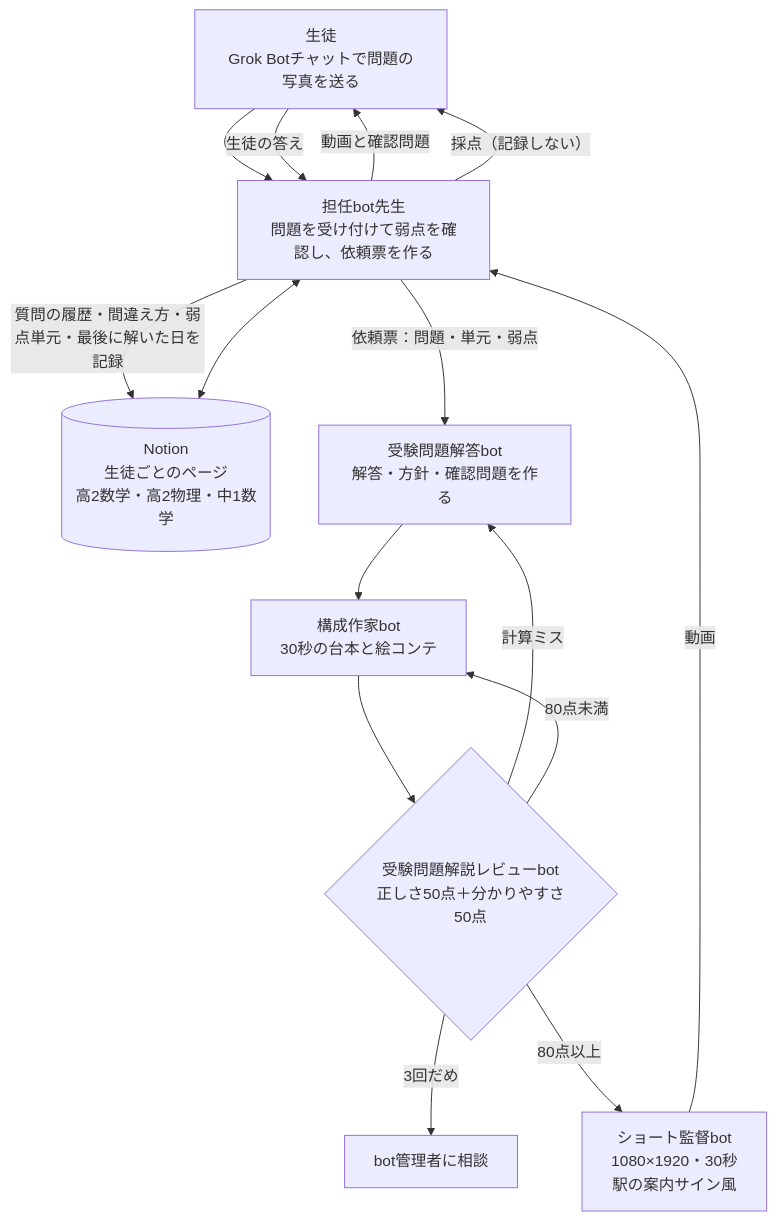
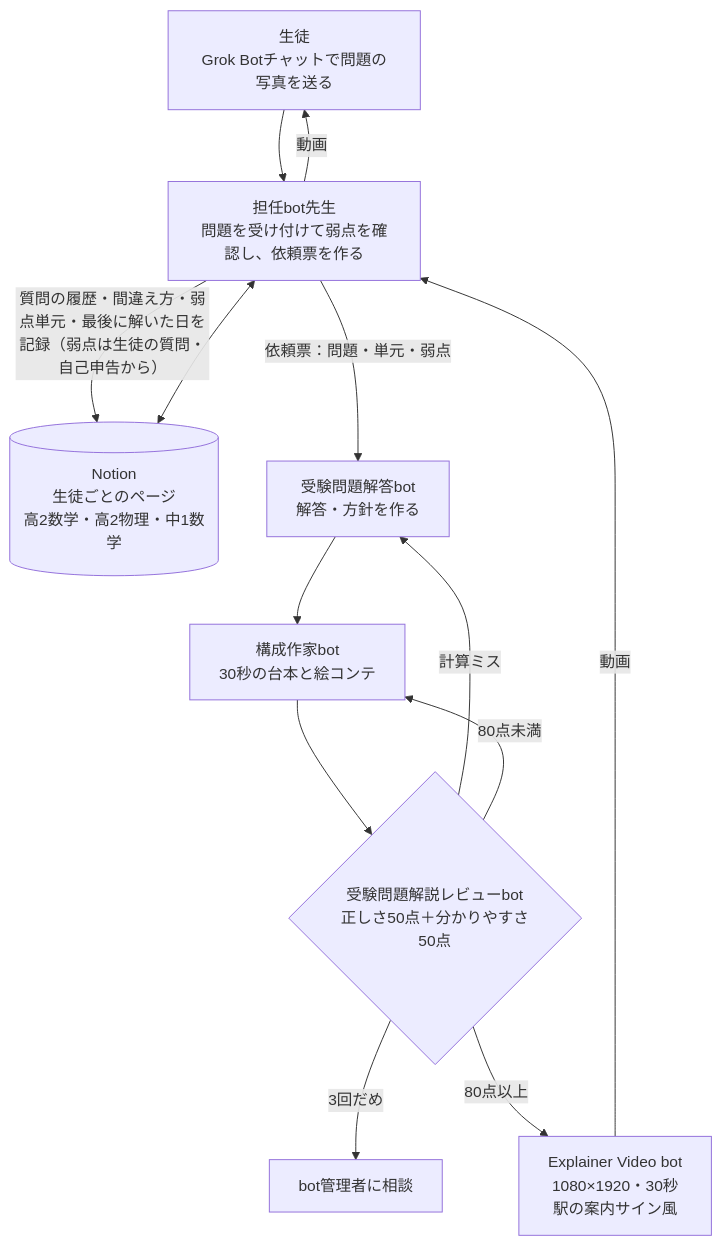
Before and after one commit to ChihiroNishioka/study-studio: the diagram in docs/architecture.md, drawn with Mermaid. The commit also changed 18 other files, not shown here.

Commit message:
v0.2.0: remove 確認問題/類題, add template renderer prototype, rename to Explainer Video bot

````diff
--- a/docs/architecture.md
+++ b/docs/architecture.md
@@ -3,17 +3,15 @@
 ```mermaid
 flowchart TD
     S[生徒<br>Grok Botチャットで問題の写真を送る] --> T[担任bot先生<br>問題を受け付けて弱点を確認し、依頼票を作る]
     N[(Notion<br>生徒ごとのページ<br>高2数学・高2物理・中1数学)] <--> T
-    T -->|依頼票：問題・単元・弱点| A[受験問題解答bot<br>解答・方針・確認問題を作る]
+    T -->|依頼票：問題・単元・弱点| A[受験問題解答bot<br>解答・方針を作る]
     A --> C[構成作家bot<br>30秒の台本と絵コンテ]
     C --> R{受験問題解説レビューbot<br>正しさ50点＋分かりやすさ50点}
     R -->|計算ミス| A
     R -->|80点未満| C
     R -->|3回だめ| U[bot管理者に相談]
-    R -->|80点以上| D[ショート監督bot<br>1080×1920・30秒<br>駅の案内サイン風]
+    R -->|80点以上| D[Explainer Video bot<br>1080×1920・30秒<br>駅の案内サイン風]
     D -->|動画| T
-    T -->|動画と確認問題| S
-    S -->|生徒の答え| T
-    T -->|採点（記録しない）| S
-    T -->|質問の履歴・間違え方・弱点単元・最後に解いた日を記録| N
+    T -->|動画| S
+    T -->|質問の履歴・間違え方・弱点単元・最後に解いた日を記録（弱点は生徒の質問・自己申告から）| N
 ```
````
